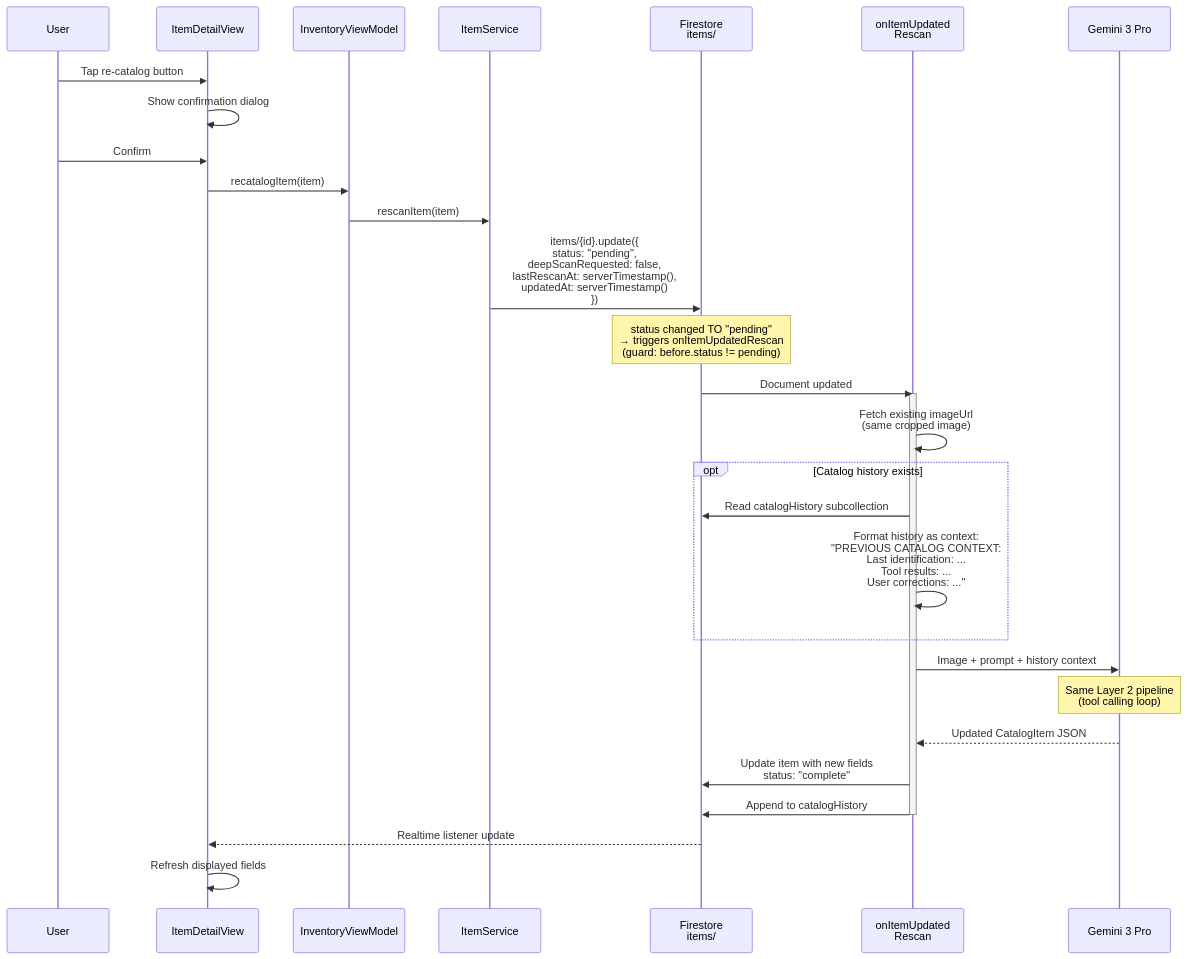
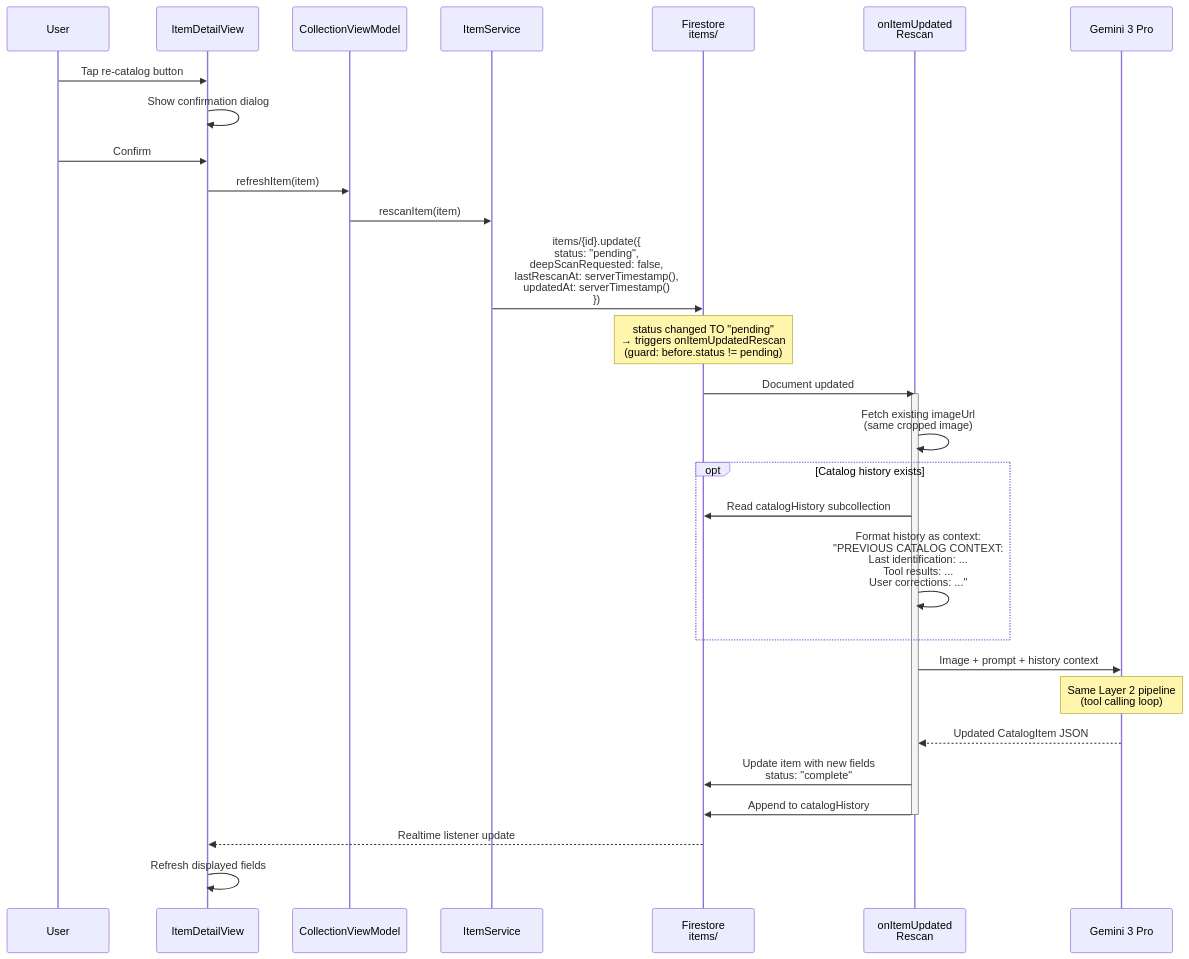
One commit to abundance-mvp/abundance changed the seventh of 12 diagrams in docs/plans/2026-02-07-catalog-pipeline-documentation.md. Above: the diagram before and after it, drawn with Mermaid. The commit also changed other lines of this file and 59 other files, not shown here.

````diff
--- a/docs/plans/2026-02-07-catalog-pipeline-documentation.md
+++ b/docs/plans/2026-02-07-catalog-pipeline-documentation.md
@@ -378,42 +378,42 @@
 ```mermaid
 sequenceDiagram
     participant User
     participant Detail as ItemDetailView
-    participant InvVM as InventoryViewModel
+    participant InvVM as CollectionViewModel
     participant ItemSvc as ItemService
     participant FS as Firestore<br/>items/
     participant CF as onItemUpdated<br/>Rescan
     participant Pro as Gemini 3 Pro
 
     User->>Detail: Tap re-catalog button
     Detail->>Detail: Show confirmation dialog
     User->>Detail: Confirm
 
-    Detail->>InvVM: recatalogItem(item)
+    Detail->>InvVM: refreshItem(item)
     InvVM->>ItemSvc: rescanItem(item)
 
     ItemSvc->>FS: items/{id}.update({<br/>  status: "pending",<br/>  deepScanRequested: false,<br/>  lastRescanAt: serverTimestamp(),<br/>  updatedAt: serverTimestamp()<br/>})
 
     Note over FS: status changed TO "pending"<br/>→ triggers onItemUpdatedRescan<br/>(guard: before.status != pending)
 
     FS->>CF: Document updated
     activate CF
 
     CF->>CF: Fetch existing imageUrl<br/>(same cropped image)
 
     opt Catalog history exists
         CF->>FS: Read catalogHistory subcollection
         CF->>CF: Format history as context:<br/>"PREVIOUS CATALOG CONTEXT:<br/>Last identification: ...<br/>Tool results: ...<br/>User corrections: ..."
     end
 
     CF->>Pro: Image + prompt + history context
     Note over Pro: Same Layer 2 pipeline<br/>(tool calling loop)
     Pro-->>CF: Updated CatalogItem JSON
 
     CF->>FS: Update item with new fields<br/>status: "complete"
     CF->>FS: Append to catalogHistory
     deactivate CF
 
     FS-->>Detail: Realtime listener update
     Detail->>Detail: Refresh displayed fields
 ```
````
